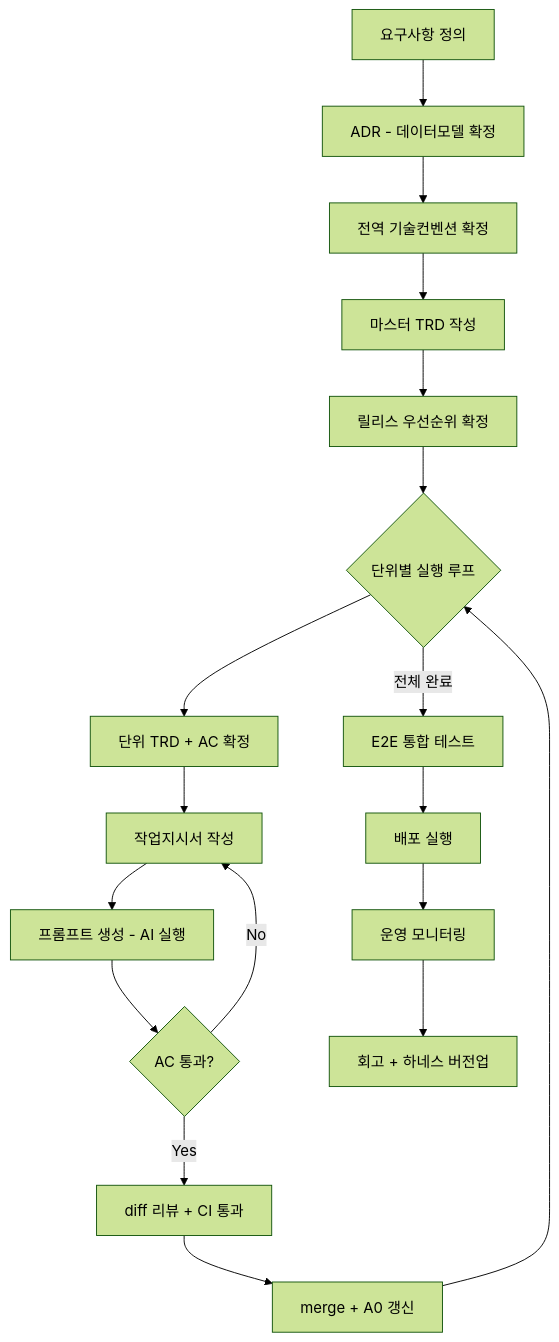
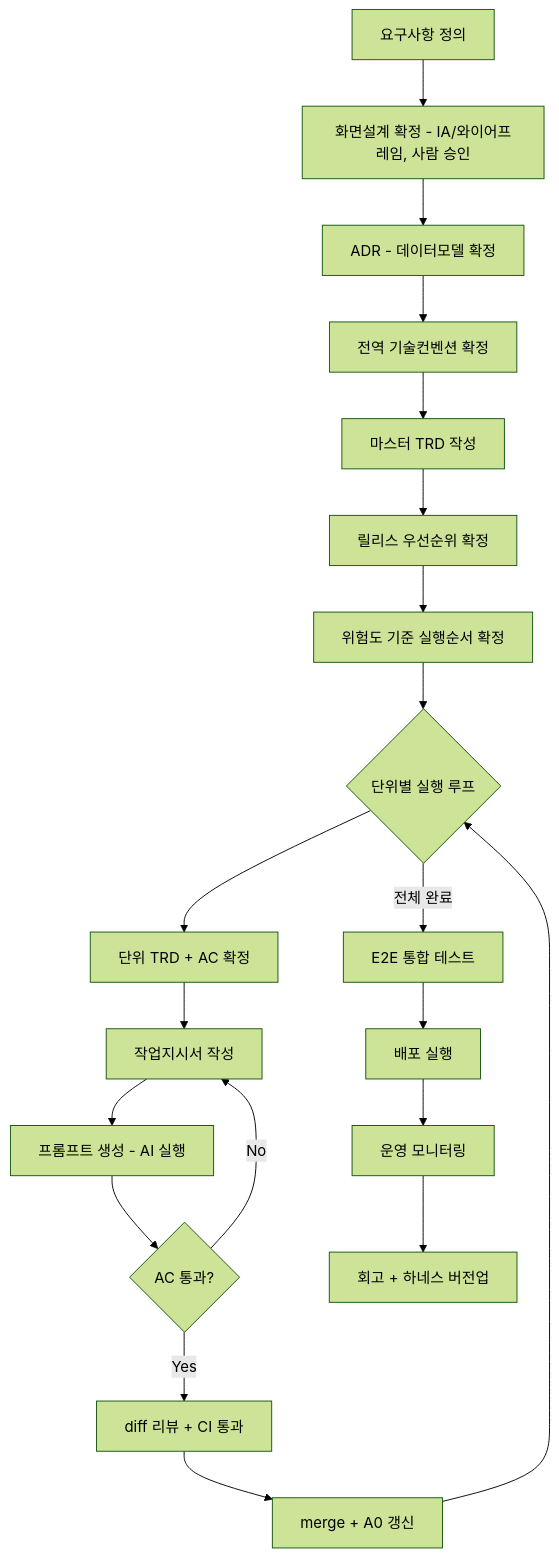
Before and after one commit to jcs19752510-ui/HARNESS_BASIC: the third of 3 diagrams in harness/harness_00_definition.md, drawn with Mermaid (forest theme). The commit also changed other lines of this file and 11 other files, not shown here.

````diff
--- a/harness/harness_00_definition.md
+++ b/harness/harness_00_definition.md
@@ -164,20 +166,22 @@
 ```mermaid
 flowchart TD
-    A1[요구사항 정의] --> A2[ADR - 데이터모델 확정]
+    A1[요구사항 정의] --> A1b[화면설계 확정 - IA/와이어프레임, 사람 승인]
+    A1b --> A2[ADR - 데이터모델 확정]
     A2 --> A3[전역 기술컨벤션 확정]
     A3 --> A4[마스터 TRD 작성]
     A4 --> A5[릴리스 우선순위 확정]
-    A5 --> B0{단위별 실행 루프}
+    A5 --> A6[위험도 기준 실행순서 확정]
+    A6 --> B0{단위별 실행 루프}
     B0 --> B1[단위 TRD + AC 확정]
     B1 --> B2[작업지시서 작성]
     B2 --> B3[프롬프트 생성 - AI 실행]
     B3 --> B4{AC 통과?}
     B4 -- No --> B2
     B4 -- Yes --> B5[diff 리뷰 + CI 통과]
     B5 --> B6[merge + A0 갱신]
     B6 --> B0
     B0 -- 전체 완료 --> C1[E2E 통합 테스트]
     C1 --> C2[배포 실행]
     C2 --> C3[운영 모니터링]
     C3 --> C4[회고 + 하네스 버전업]
 ```
````
